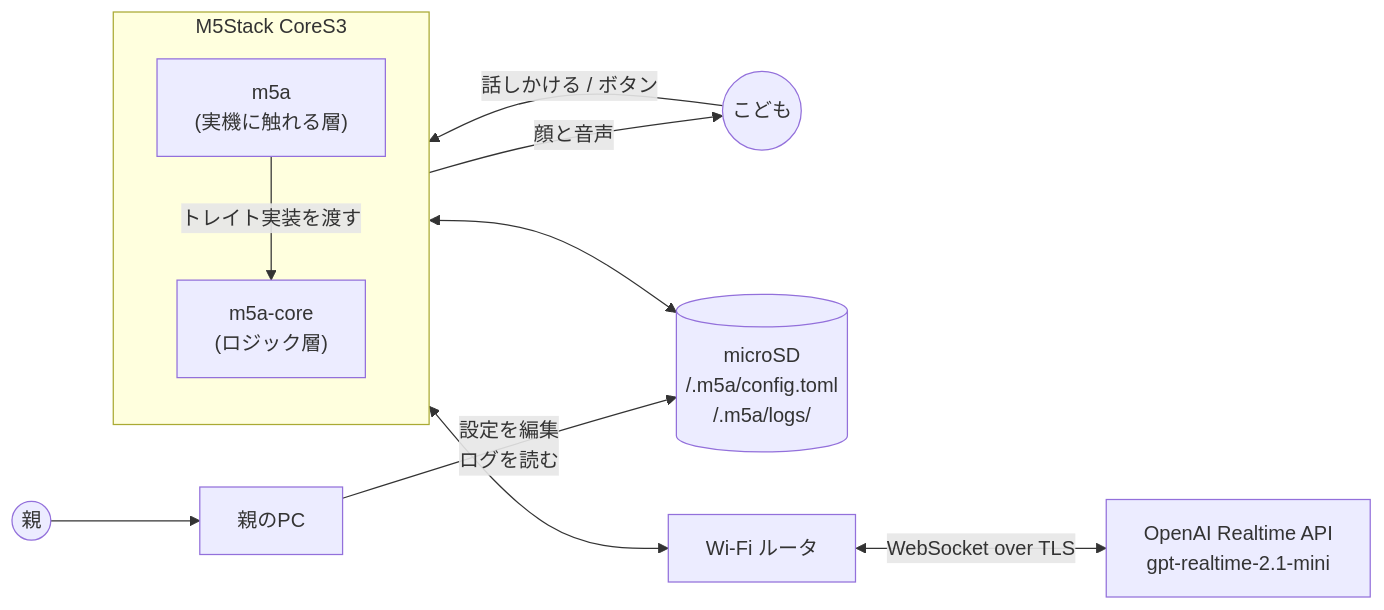
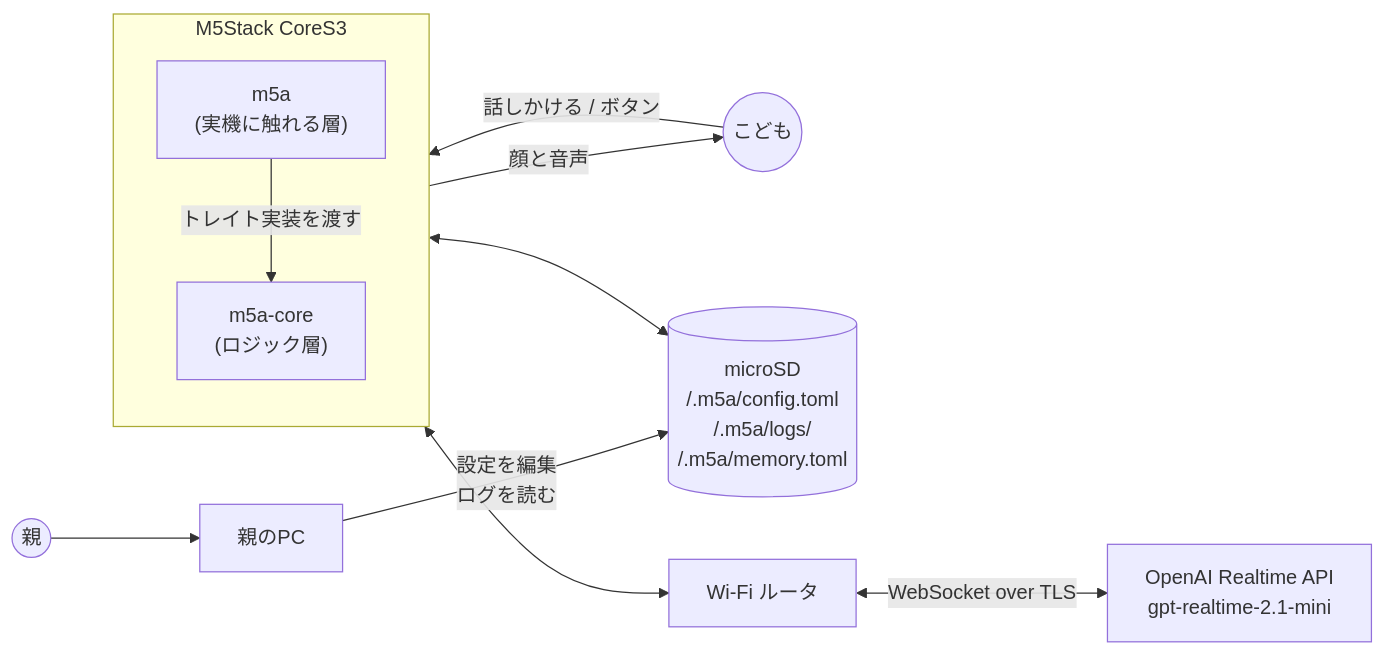
The first of 2 diagrams in docs/design/architecture.md (kibou-vision/m5a), drawn with Mermaid before and after one commit. The commit also changed other lines of this file and 6 other files, not shown here.

````diff
--- a/docs/design/architecture.md
+++ b/docs/design/architecture.md
@@ -5,24 +5,24 @@
 ```mermaid
 graph LR
   Child((こども))
   Parent((親))
 
   subgraph Device["M5Stack CoreS3"]
     FW["m5a<br/>(実機に触れる層)"]
     CORE["m5a-core<br/>(ロジック層)"]
     FW -->|トレイト実装を渡す| CORE
   end
 
-  SD[("microSD<br>/.m5a/config.toml<br>/.m5a/logs/")]
+  SD[("microSD<br>/.m5a/config.toml<br>/.m5a/logs/<br>/.m5a/memory.toml")]
   Router["Wi-Fi ルータ"]
   API["OpenAI Realtime API<br>gpt-realtime-2.1-mini"]
   PC["親のPC"]
 
   Child -->|話しかける / ボタン| Device
   Device -->|顔と音声| Child
   Device <--> SD
   Device <--> Router
   Router <-->|WebSocket over TLS| API
   Parent --> PC
   PC -->|設定を編集<br>ログを読む| SD
 ```
````
